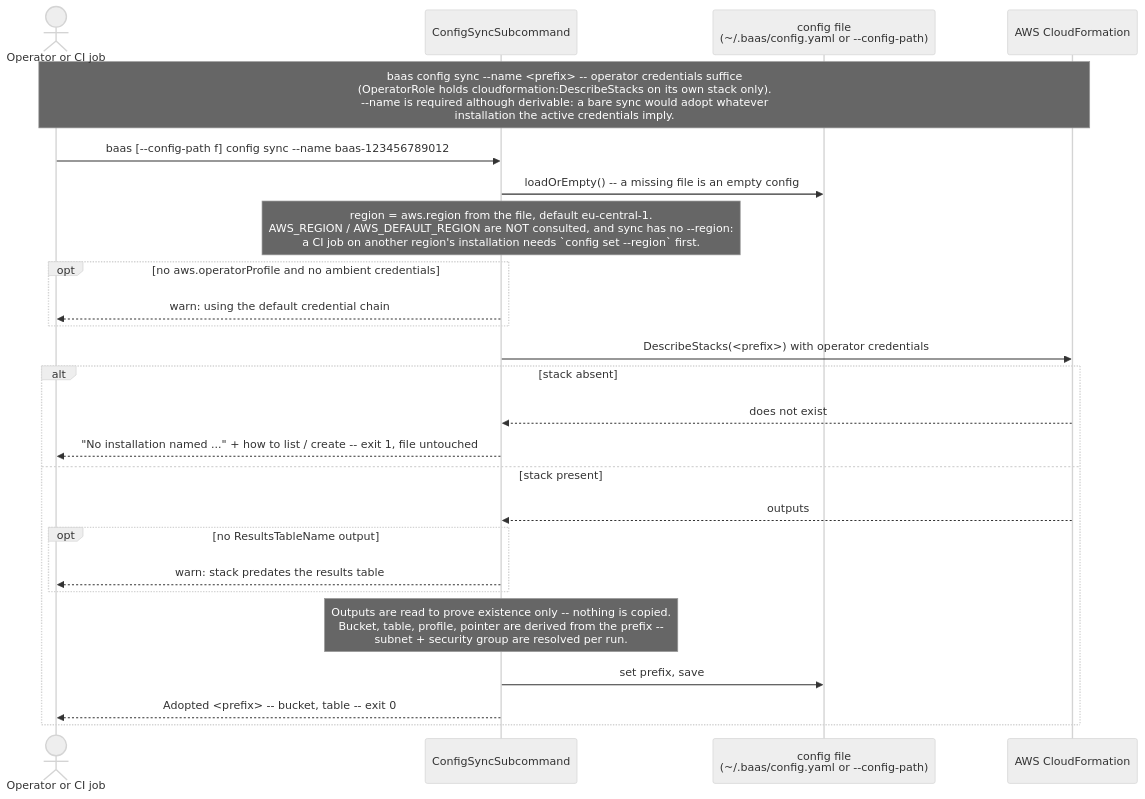
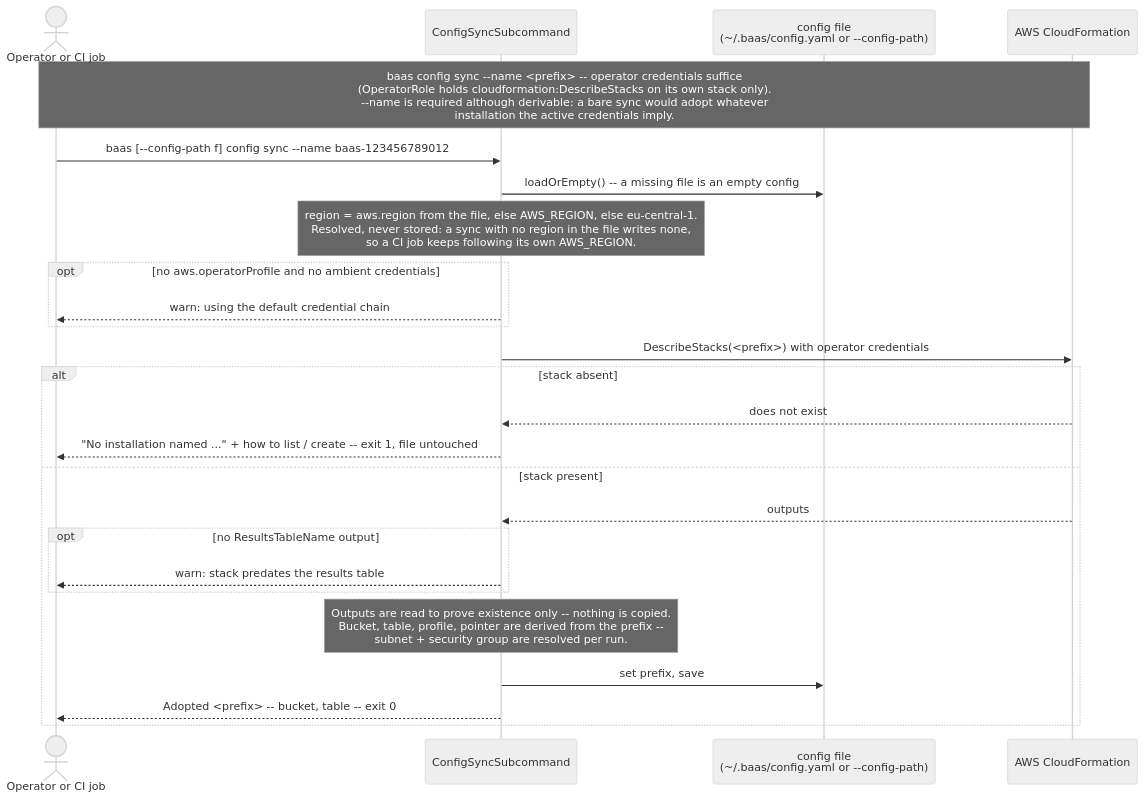
The diagram in docs/diagrams/baas-config-sync.mmd (wsztajerowski/benchmark-as-a-service), drawn with Mermaid (neutral theme) before and after one commit. The commit also changed 17 other files, not shown here.

First line of the commit message:
fix(cli): resolve the region from the config file, then AWS_REGION

```diff
--- a/docs/diagrams/baas-config-sync.mmd
+++ b/docs/diagrams/baas-config-sync.mmd
@@ -1,26 +1,26 @@
 sequenceDiagram
     actor User as Operator or CI job
     participant CS as ConfigSyncSubcommand
     participant CFG as config file<br/>(~/.baas/config.yaml or --config-path)
     participant CF as AWS CloudFormation
 
     Note over User,CF: baas config sync --name <prefix> -- operator credentials suffice<br/>(OperatorRole holds cloudformation:DescribeStacks on its own stack only).<br/>--name is required although derivable: a bare sync would adopt whatever<br/>installation the active credentials imply.
     User->>CS: baas [--config-path f] config sync --name baas-123456789012
     CS->>CFG: loadOrEmpty() -- a missing file is an empty config
-    Note over CS: region = aws.region from the file, default eu-central-1.<br/>AWS_REGION / AWS_DEFAULT_REGION are NOT consulted, and sync has no --region:<br/>a CI job on another region's installation needs `config set --region` first.
+    Note over CS: region = aws.region from the file, else AWS_REGION, else eu-central-1.<br/>Resolved, never stored: a sync with no region in the file writes none,<br/>so a CI job keeps following its own AWS_REGION.
     opt no aws.operatorProfile and no ambient credentials
         CS-->>User: warn: using the default credential chain
     end
     CS->>CF: DescribeStacks(<prefix>) with operator credentials
     alt stack absent
         CF-->>CS: does not exist
         CS-->>User: "No installation named ..." + how to list / create -- exit 1, file untouched
     else stack present
         CF-->>CS: outputs
         opt no ResultsTableName output
             CS-->>User: warn: stack predates the results table
         end
         Note over CS: Outputs are read to prove existence only -- nothing is copied.<br/>Bucket, table, profile, pointer are derived from the prefix --<br/>subnet + security group are resolved per run.
         CS->>CFG: set prefix, save
         CS-->>User: Adopted <prefix> -- bucket, table -- exit 0
     end
```
